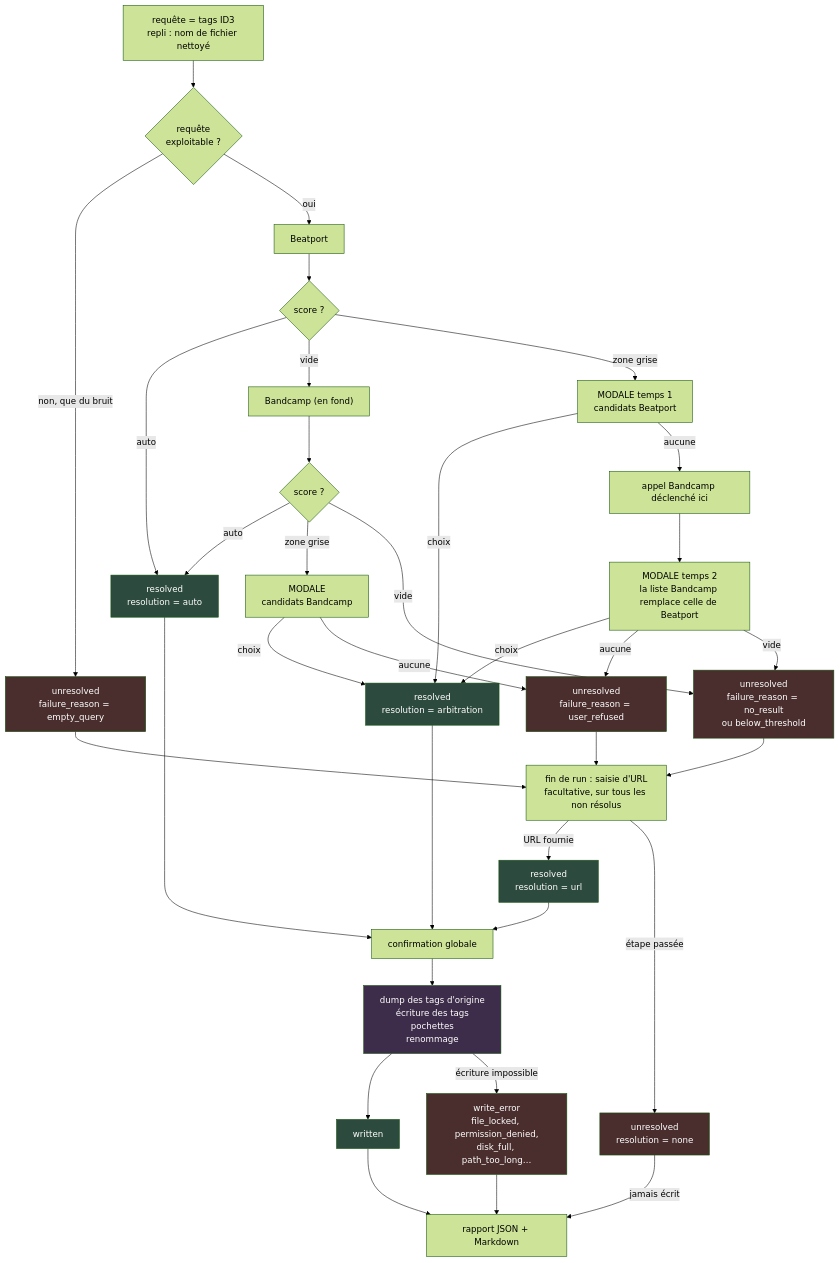
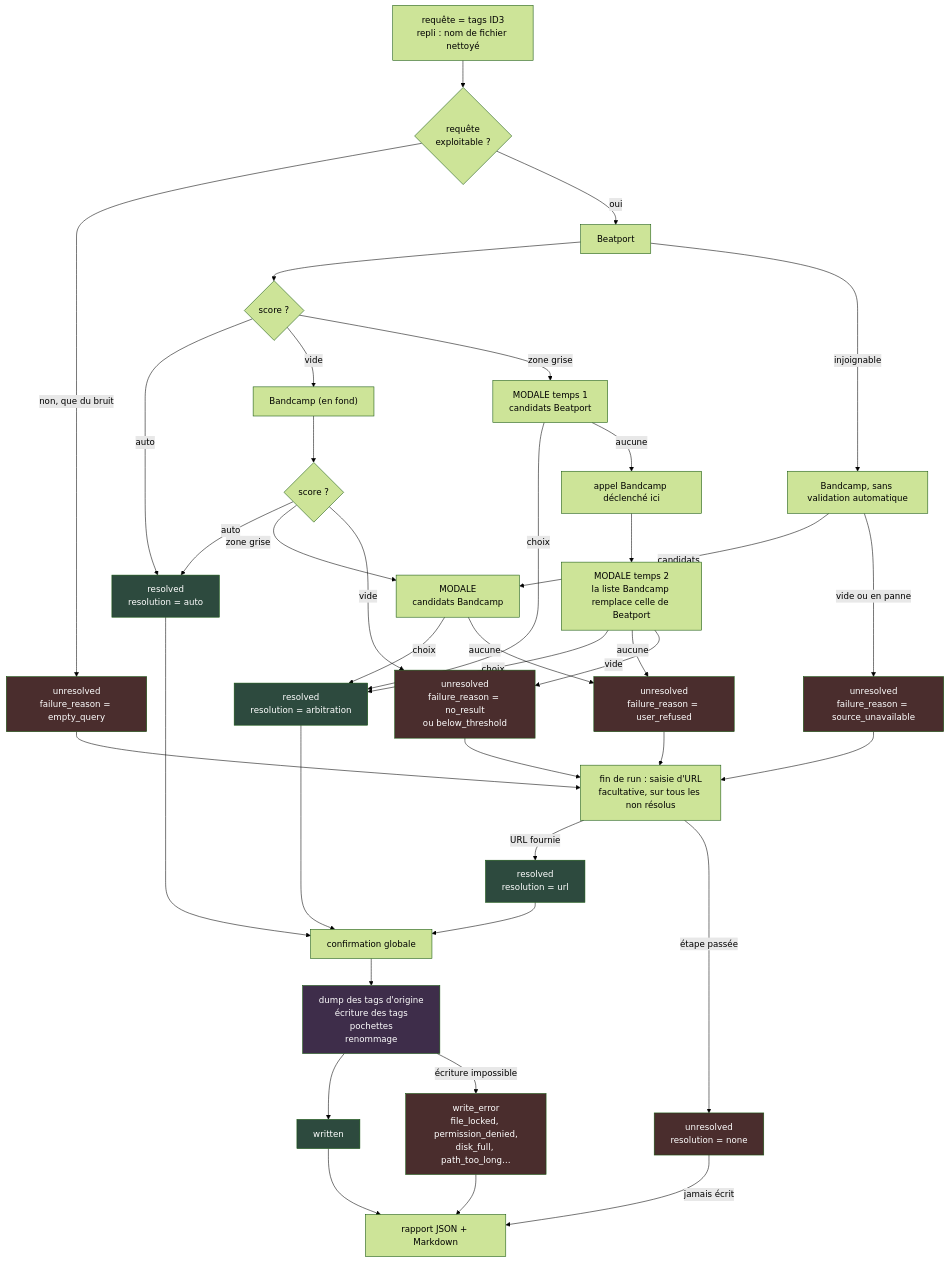
Before and after one commit to thibaud57/techno-tagger: the second of 5 diagrams in docs/ARCHITECTURE.md, drawn with Mermaid (forest theme). The commit also changed other lines of this file and 150 other files, not shown here.

````diff
--- a/docs/ARCHITECTURE.md
+++ b/docs/ARCHITECTURE.md
@@ -243,51 +250,56 @@
 ```mermaid
 flowchart TD
     q["requête = tags ID3<br/>repli : nom de fichier nettoyé"] --> exp{"requête<br/>exploitable ?"}
     exp -->|"non, que du bruit"| koq["unresolved<br/>failure_reason = empty_query"]
     exp -->|"oui"| bp["Beatport"]
     bp --> bpauto{"score ?"}
     bpauto -->|"auto"| oka["resolved<br/>resolution = auto"]
     bpauto -->|"vide"| bc["Bandcamp (en fond)"]
     bpauto -->|"zone grise"| m1["MODALE temps 1<br/>candidats Beatport"]
+    bp -->|"injoignable"| bcp["Bandcamp, sans validation automatique"]
+    bcp -->|"candidats"| m3
+    bcp -->|"vide ou en panne"| kos["unresolved<br/>failure_reason = source_unavailable"]
+    kos --> url
 
     m1 -->|"choix"| okb["resolved<br/>resolution = arbitration"]
     m1 -->|"aucune"| bcd["appel Bandcamp déclenché ici"]
     bcd --> m2["MODALE temps 2<br/>la liste Bandcamp remplace celle de Beatport"]
     m2 -->|"choix"| okb
     m2 -->|"aucune"| kou["unresolved<br/>failure_reason = user_refused"]
     m2 -->|"vide"| kon["unresolved<br/>failure_reason = no_result<br/>ou below_threshold"]
 
     bc --> bcauto{"score ?"}
     bcauto -->|"auto"| oka
     bcauto -->|"zone grise"| m3["MODALE<br/>candidats Bandcamp"]
     bcauto -->|"vide"| kon
     m3 -->|"choix"| okb
     m3 -->|"aucune"| kou
 
     koq --> url["fin de run : saisie d'URL<br/>facultative, sur tous les non résolus"]
     kon --> url
     kou --> url
     url -->|"URL fournie"| okc["resolved<br/>resolution = url"]
     url -->|"étape passée"| kof["unresolved<br/>resolution = none"]
 
     oka --> conf["confirmation globale"]
     okb --> conf
     okc --> conf
     kof -->|"jamais écrit"| rep
     conf --> w["dump des tags d'origine<br/>écriture des tags<br/>pochettes<br/>renommage"]
     w --> ws["written"]
     w -->|"écriture impossible"| we["write_error<br/>file_locked, permission_denied,<br/>disk_full, path_too_long…"]
     ws --> rep["rapport JSON + Markdown"]
     we --> rep
 
     style oka fill:#2d4a3e,color:#fff
     style okb fill:#2d4a3e,color:#fff
     style okc fill:#2d4a3e,color:#fff
     style ws fill:#2d4a3e,color:#fff
     style koq fill:#4a2d2d,color:#fff
     style kon fill:#4a2d2d,color:#fff
     style kou fill:#4a2d2d,color:#fff
     style kof fill:#4a2d2d,color:#fff
+    style kos fill:#4a2d2d,color:#fff
     style we fill:#4a2d2d,color:#fff
     style w fill:#3e2d4a,color:#fff
 ```
````
